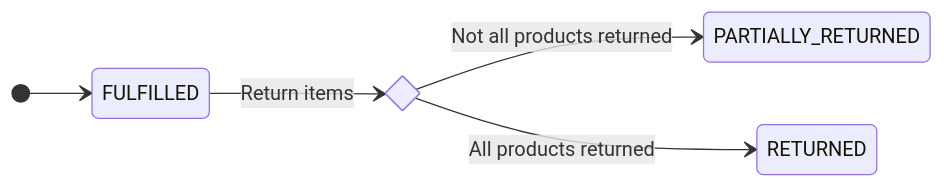
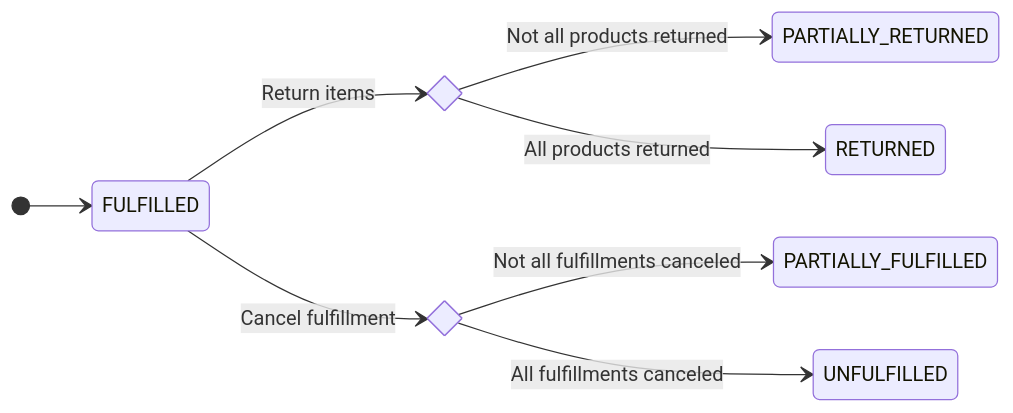
The sixth of 7 diagrams in docs/developer/checkout/order-status.mdx (saleor/saleor-docs), drawn with Mermaid before and after one commit. The commit also changed other lines of this file and 1 other file, not shown here.

Commit message:
Add info about fulfillment cancelation

````diff
--- a/docs/developer/checkout/order-status.mdx
+++ b/docs/developer/checkout/order-status.mdx
@@ -155,13 +167,17 @@
 ```mermaid
 stateDiagram-v2
     direction LR
 
     [*] --> FULFILLED
     state if_state_returns <<choice>>
+    state if_state_cancel_fulfillments <<choice>>
 
     FULFILLED --> if_state_returns: Return items
     if_state_returns --> PARTIALLY_RETURNED: Not all products returned
     if_state_returns --> RETURNED: All products returned
 
+    FULFILLED --> if_state_cancel_fulfillments: Cancel fulfillment
+    if_state_cancel_fulfillments --> PARTIALLY_FULFILLED: Not all fulfillments canceled
+    if_state_cancel_fulfillments --> UNFULFILLED: All fulfillments canceled
 
 ```
````
